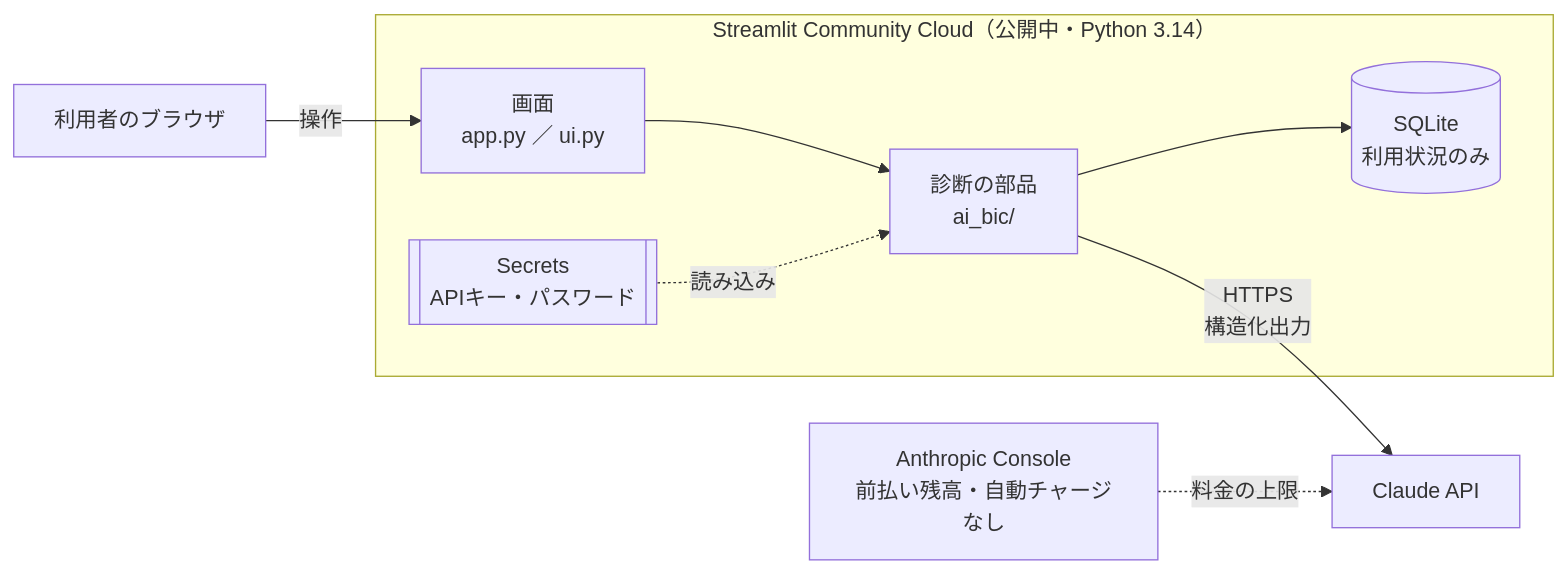
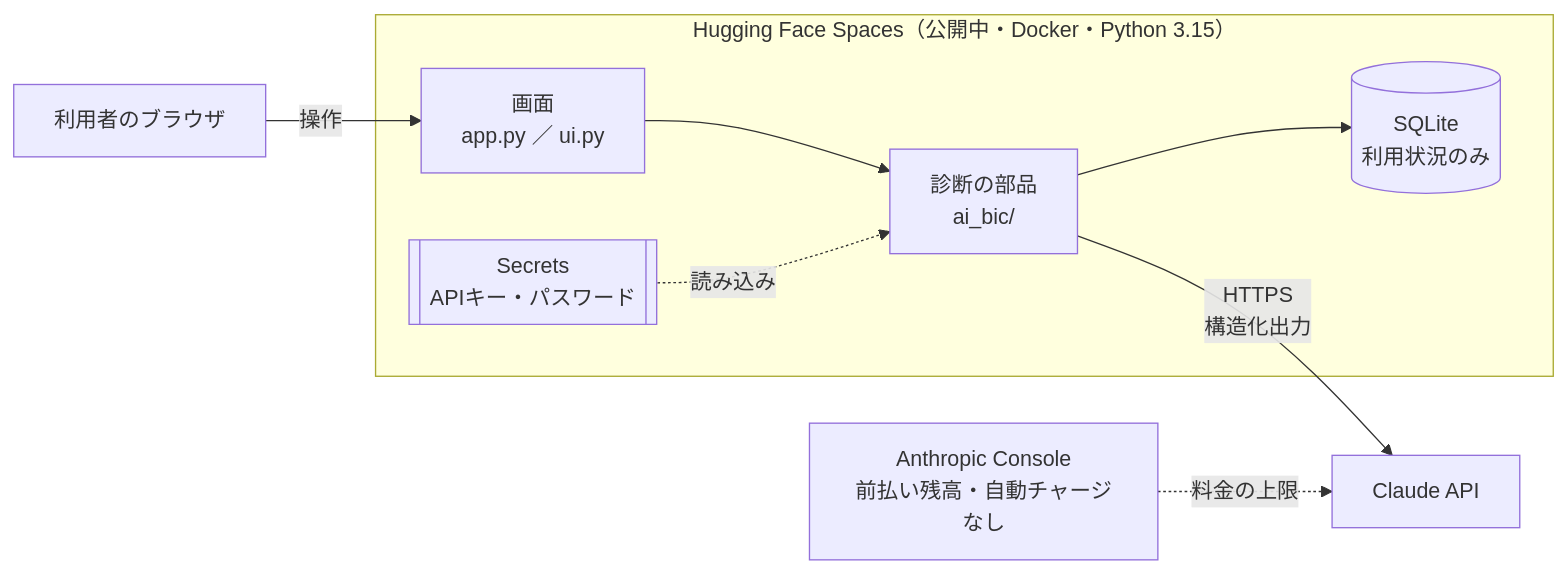
The first of 4 diagrams in docs/07_システム構成図.md (yukon2051-byteyu/ai-bic), drawn with Mermaid before and after one commit. The commit also changed other lines of this file and 3 other files, not shown here.

First line of the commit message:
docs: 公開先を Hugging Face Spaces に移した理由と確認結果を記録する

````diff
--- a/docs/07_システム構成図.md
+++ b/docs/07_システム構成図.md
@@ -15,17 +15,17 @@
 ```mermaid
 flowchart LR
     U[利用者のブラウザ] -->|操作| APP
 
-    subgraph CLOUD[Streamlit Community Cloud（公開中・Python 3.14）]
+    subgraph CLOUD[Hugging Face Spaces（公開中・Docker・Python 3.15）]
         APP[画面<br>app.py ／ ui.py]
         CORE[診断の部品<br>ai_bic/]
         DB[(SQLite<br>利用状況のみ)]
         SEC[[Secrets<br>APIキー・パスワード]]
         APP --> CORE
         CORE --> DB
         SEC -.読み込み.-> CORE
     end
 
     CORE -->|HTTPS<br>構造化出力| CLAUDE[Claude API]
     CONSOLE[Anthropic Console<br>前払い残高・自動チャージなし] -.料金の上限.-> CLAUDE
 ```
````
